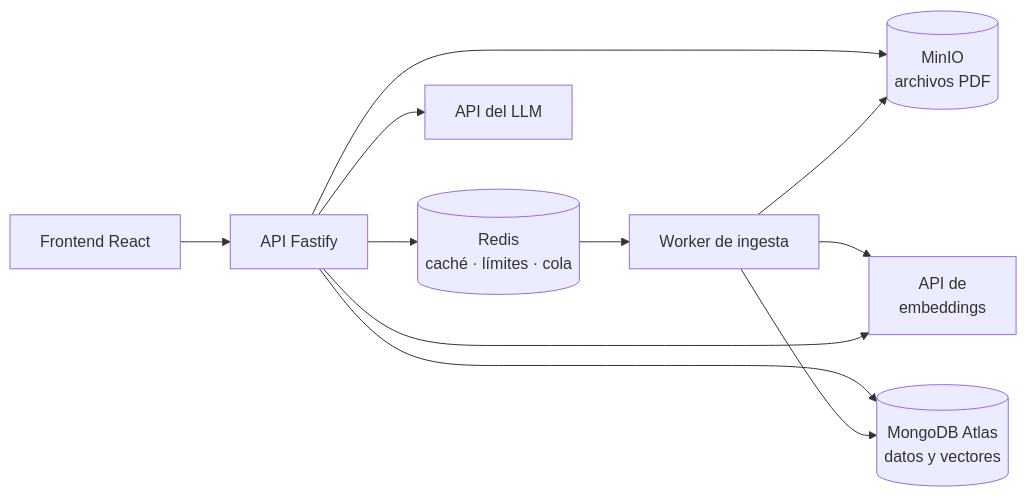
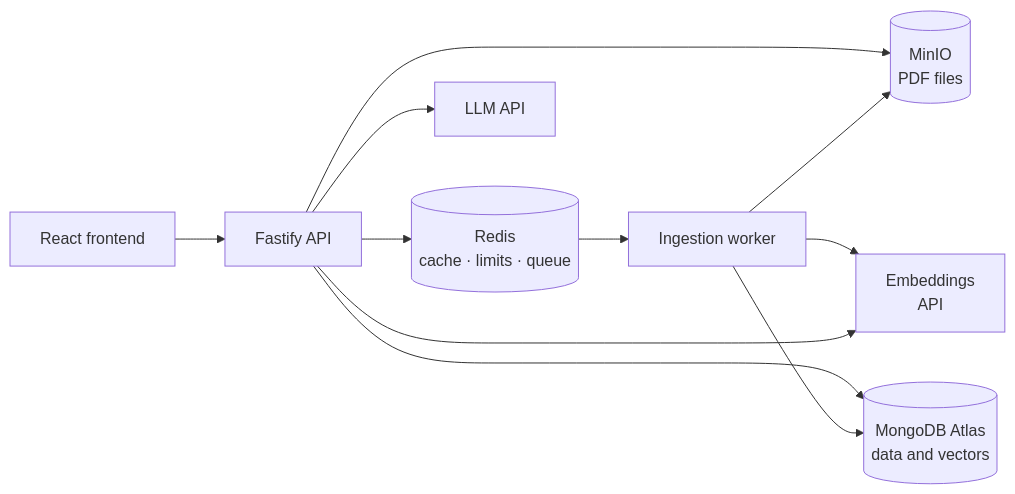
The diagram in README.md (ErgoCodes/docqa), drawn with Mermaid before and after one commit. The commit also changed other lines of this file and 1 other file, not shown here.

````diff
--- a/README.md
+++ b/README.md
@@ -15,13 +15,13 @@
 ```mermaid
 flowchart LR
-  UI[Frontend React] --> API[API Fastify]
-  API --> R[(Redis<br/>caché · límites · cola)]
-  API --> M[(MongoDB Atlas<br/>datos y vectores)]
-  API --> S[(MinIO<br/>archivos PDF)]
-  R --> W[Worker de ingesta]
+  UI[React frontend] --> API[Fastify API]
+  API --> R[(Redis<br/>cache · limits · queue)]
+  API --> M[(MongoDB Atlas<br/>data and vectors)]
+  API --> S[(MinIO<br/>PDF files)]
+  R --> W[Ingestion worker]
   W --> S
-  W --> E[API de<br/>embeddings]
+  W --> E[Embeddings<br/>API]
   W --> M
   API --> E
-  API --> L[API del LLM]
+  API --> L[LLM API]
 ```
````
